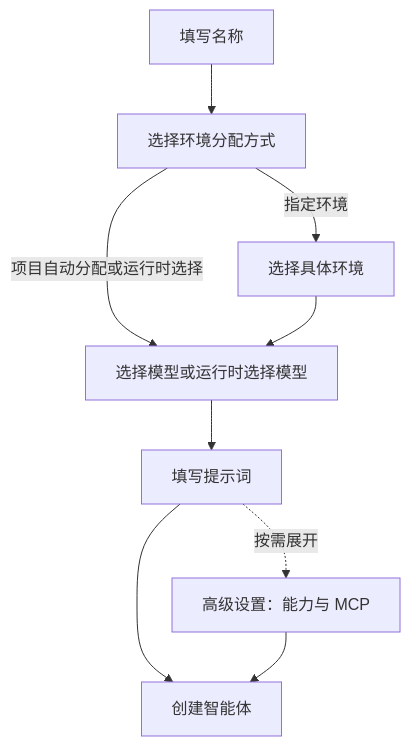
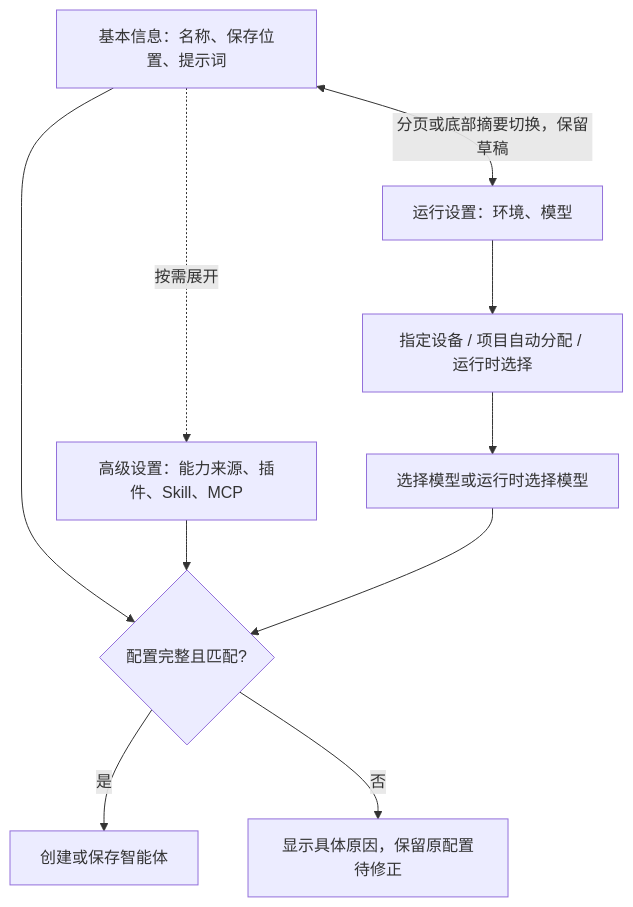
Before and after one commit to wecode-ai/Wegent: the second of 9 diagrams in docs/zh/developer-guide/runner-routing.md, drawn with Mermaid. The commit also changed other lines of this file and 37 other files, not shown here.

````diff
--- a/docs/zh/developer-guide/runner-routing.md
+++ b/docs/zh/developer-guide/runner-routing.md
@@ -32,11 +40,12 @@
 ```mermaid
 flowchart TD
-    A[填写名称] --> B[选择环境分配方式]
-    B -->|指定环境| C[选择具体环境]
-    B -->|项目自动分配或运行时选择| D[选择模型或运行时选择模型]
-    C --> D
-    D --> E[填写提示词]
-    E --> F[创建智能体]
-    E -. 按需展开 .-> G[高级设置：能力与 MCP]
-    G --> F
+    A[基本信息：名称、保存位置、提示词] -. 按需展开 .-> B[高级设置：能力来源、插件、Skill、MCP]
+    A <-->|分页或底部摘要切换，保留草稿| C[运行设置：环境、模型]
+    C --> D[指定设备 / 项目自动分配 / 运行时选择]
+    D --> E[选择模型或运行时选择模型]
+    A --> F{配置完整且匹配?}
+    B --> F
+    E --> F
+    F -->|是| G[创建或保存智能体]
+    F -->|否| H[显示具体原因，保留原配置待修正]
 ```
````
